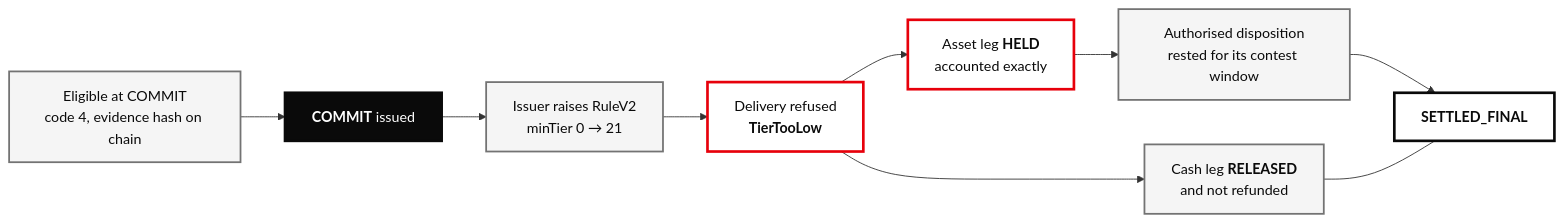
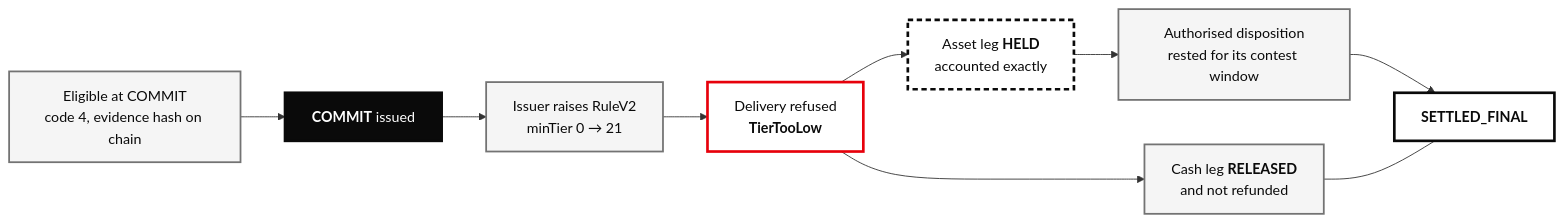
Before and after one commit to winsznx/conduit: the third of 4 diagrams in README.md, drawn with Mermaid. The commit also changed other lines of this file and 4 other files, not shown here.

````diff
--- a/README.md
+++ b/README.md
@@ -106,26 +111,28 @@
 ```mermaid
 flowchart LR
   A["Eligible at COMMIT<br/>code 4, evidence hash on chain"]
   B["<b>COMMIT</b> issued"]
   C["Issuer raises RuleV2<br/>minTier 0 → 21"]
   D["Delivery refused<br/><b>TierTooLow</b>"]
   E["Cash leg <b>RELEASED</b><br/>and not refunded"]
   F["Asset leg <b>HELD</b><br/>accounted exactly"]
   G["Authorised disposition<br/>rested for its contest window"]
   H["<b>SETTLED_FINAL</b>"]
 
   A --> B --> C --> D
   D --> E
   D --> F
   F --> G --> H
   E --- H
 
   classDef step fill:#f5f5f5,stroke:#737373,stroke-width:2px,color:#0a0a0a
   classDef gate fill:#0a0a0a,stroke:#0a0a0a,stroke-width:3px,color:#ffffff
   classDef stop fill:#ffffff,stroke:#e7000b,stroke-width:3px,color:#0a0a0a
+  classDef held fill:#ffffff,stroke:#0a0a0a,stroke-width:3px,stroke-dasharray:6 4,color:#0a0a0a
   classDef mark fill:#ffffff,stroke:#0a0a0a,stroke-width:3px,color:#0a0a0a
   class A,C,E,G step
   class B gate
-  class D,F stop
+  class D stop
+  class F held
   class H mark
 ```
````
